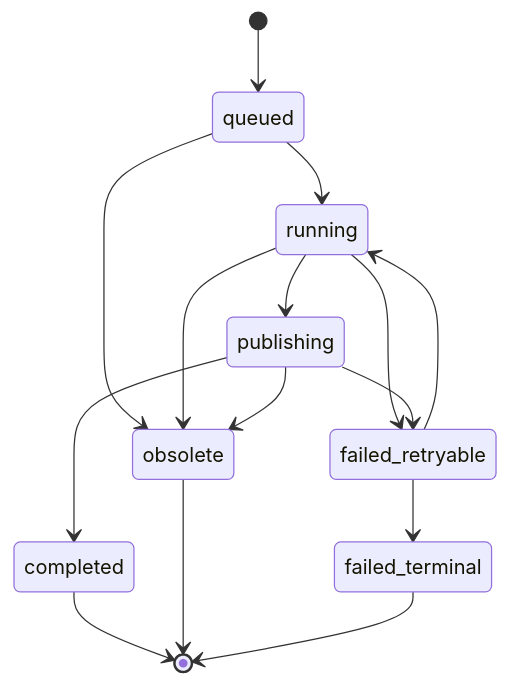
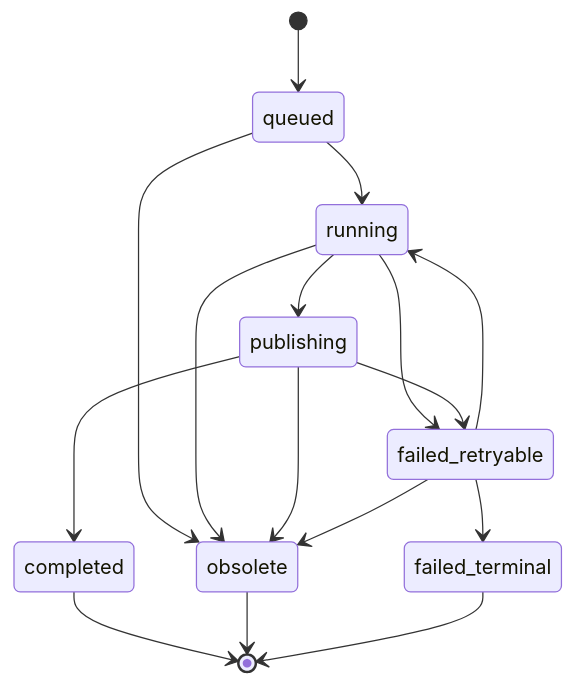
One commit to ThiagoCrepequer/holon changed the diagram in docs/architecture/state-and-idempotency.md. Above: the diagram before and after it, drawn with Mermaid. The commit also changed other lines of this file and 6 other files, not shown here.

Commit message:
docs(architecture): record active workflow superseding

````diff
--- a/docs/architecture/state-and-idempotency.md
+++ b/docs/architecture/state-and-idempotency.md
@@ -34,17 +35,18 @@
 ```mermaid
 stateDiagram-v2
     [*] --> queued
     queued --> running
     running --> publishing
     publishing --> completed
     queued --> obsolete
     running --> obsolete
     publishing --> obsolete
     running --> failed_retryable
     publishing --> failed_retryable
     failed_retryable --> running
     failed_retryable --> failed_terminal
+    failed_retryable --> obsolete
     completed --> [*]
     obsolete --> [*]
     failed_terminal --> [*]
 ```
````
